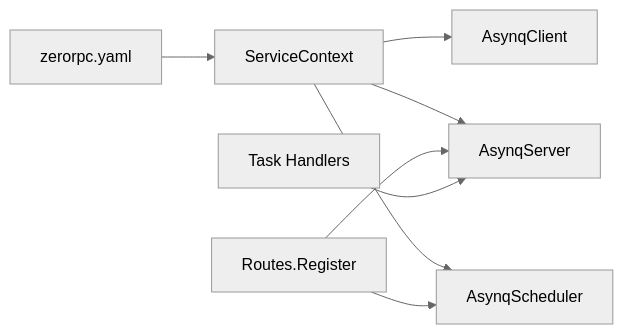
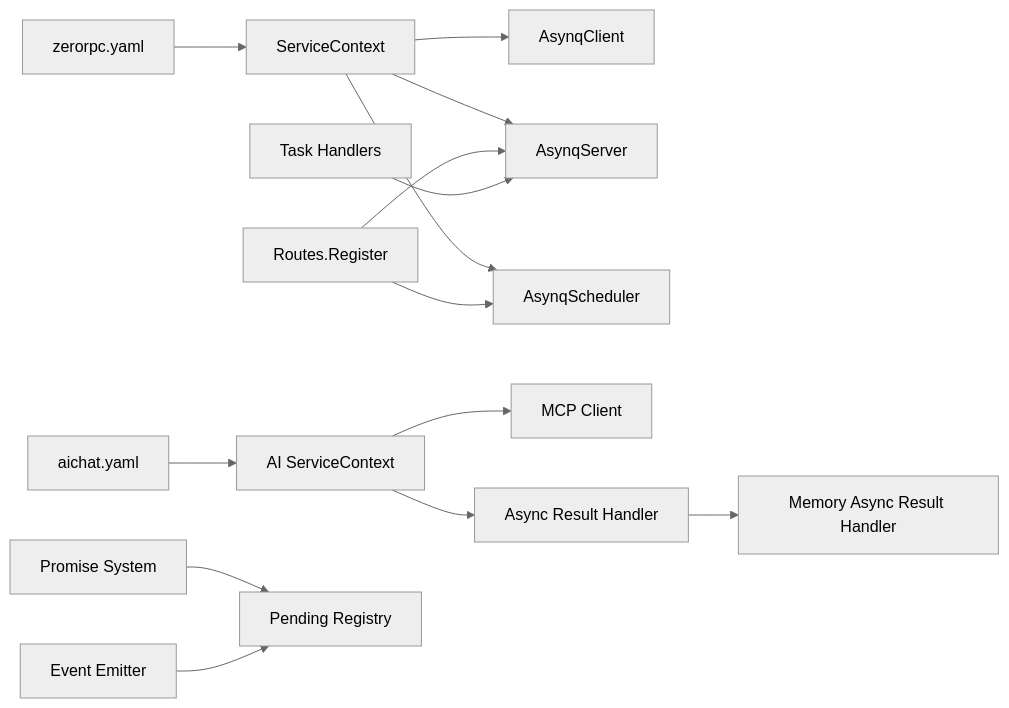
Diagram 11 of 11 in .qoder/repowiki/zh/content/公共组件库/异步任务组件.md (maomao94/zero-service), drawn with Mermaid (neutral theme) before and after one commit. The commit also changed other lines of this file and 58 other files, not shown here.

````diff
--- a/.qoder/repowiki/zh/content/公共组件库/异步任务组件.md
+++ b/.qoder/repowiki/zh/content/公共组件库/异步任务组件.md
@@ -385,10 +665,16 @@
 ```mermaid
 graph LR
 CFG["zerorpc.yaml"] --> SVC["ServiceContext"]
 SVC --> CLI["AsynqClient"]
 SVC --> SRV["AsynqServer"]
 SVC --> SCH["AsynqScheduler"]
 ROUTES["Routes.Register"] --> SRV
 ROUTES --> SCH
 HANDLER["Task Handlers"] --> SRV
+CFG2["aichat.yaml"] --> SVC2["AI ServiceContext"]
+SVC2 --> MCP["MCP Client"]
+SVC2 --> ASYNC_HANDLER["Async Result Handler"]
+ASYNC_HANDLER --> MEMORY_HANDLER["Memory Async Result Handler"]
+PROMISE["Promise System"] --> PENDING["Pending Registry"]
+EMITTER["Event Emitter"] --> PENDING
 ```
````
